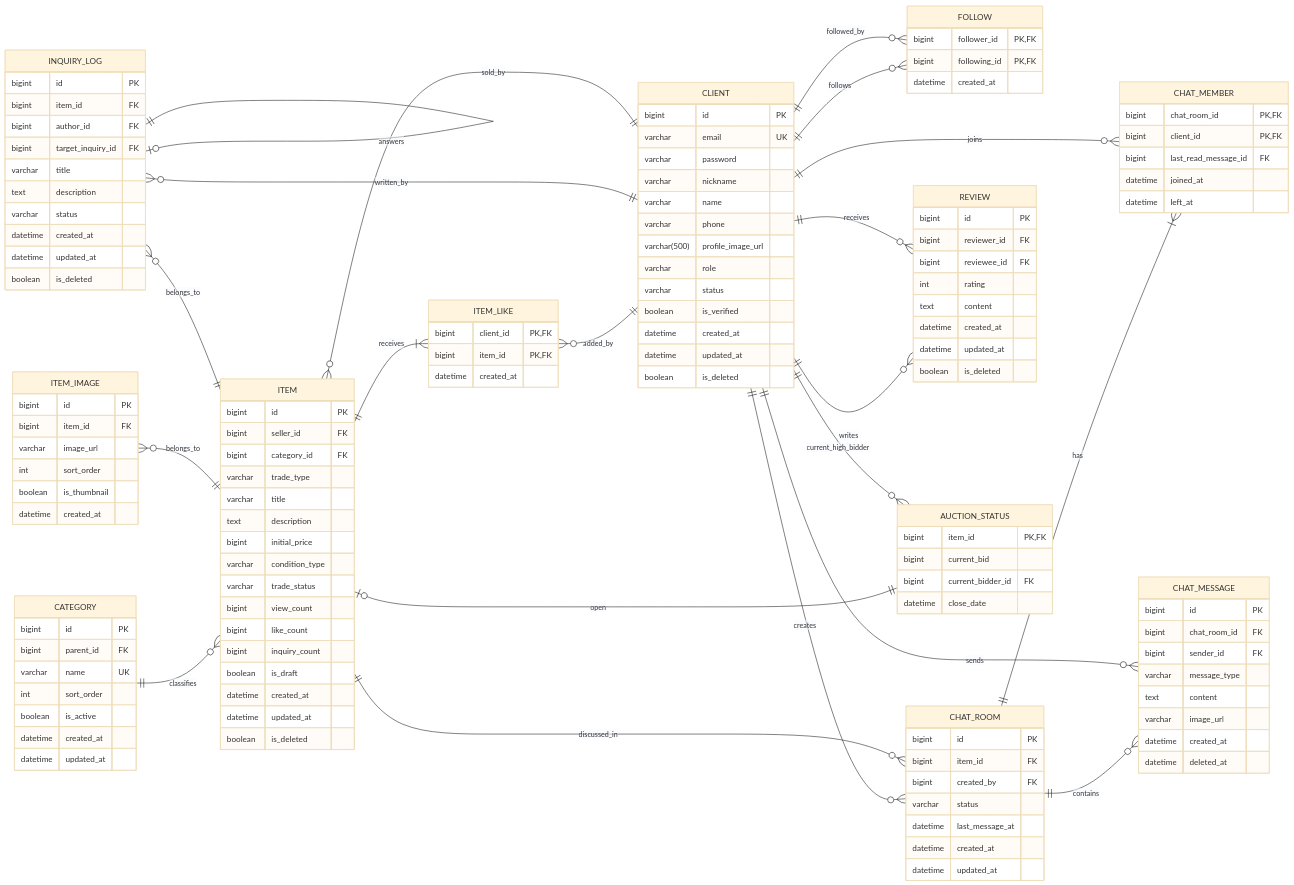
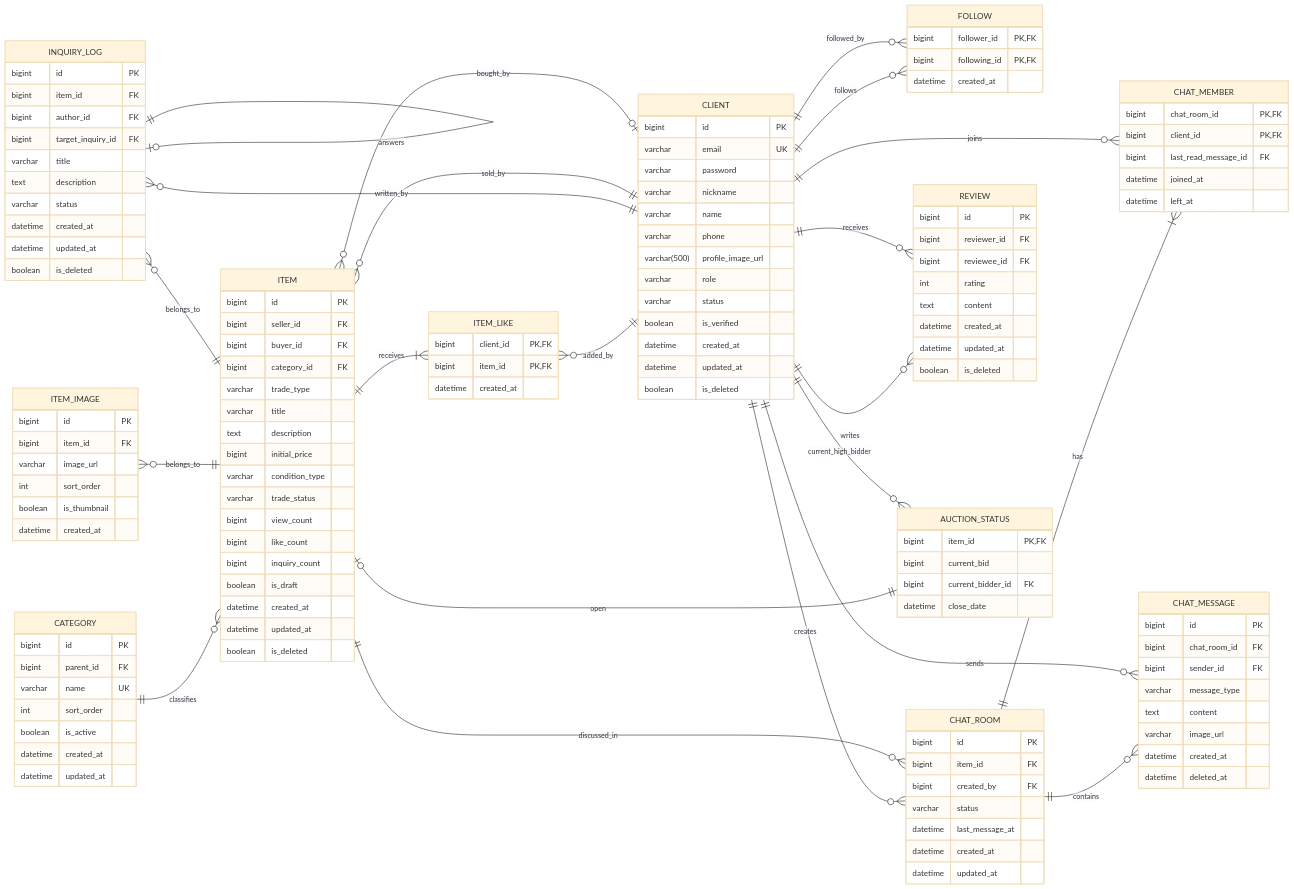
Before and after one commit to pcb2002/Cabbage-Market-10: the diagram in docs/ERD.md, drawn with Mermaid (base theme). The commit also changed 2 other files, not shown here.

Commit message:
docs: 판매완료 구매자 계약 문서 수정

```diff
--- a/docs/ERD.md
+++ b/docs/ERD.md
@@ -13,6 +13,7 @@
     inquiry }o--|| item : belongs_to
     inquiry }o--|| client : written_by
     item }o--|| client : sold_by
+    item }o--o| client : bought_by
 
     client ||--o{ follow : follows
     client ||--o{ follow : followed_by
@@ -61,6 +62,7 @@
     item["ITEM"] {
         bigint id PK
         bigint seller_id FK
+        bigint buyer_id FK
         bigint category_id FK
         varchar trade_type
         varchar title
```
